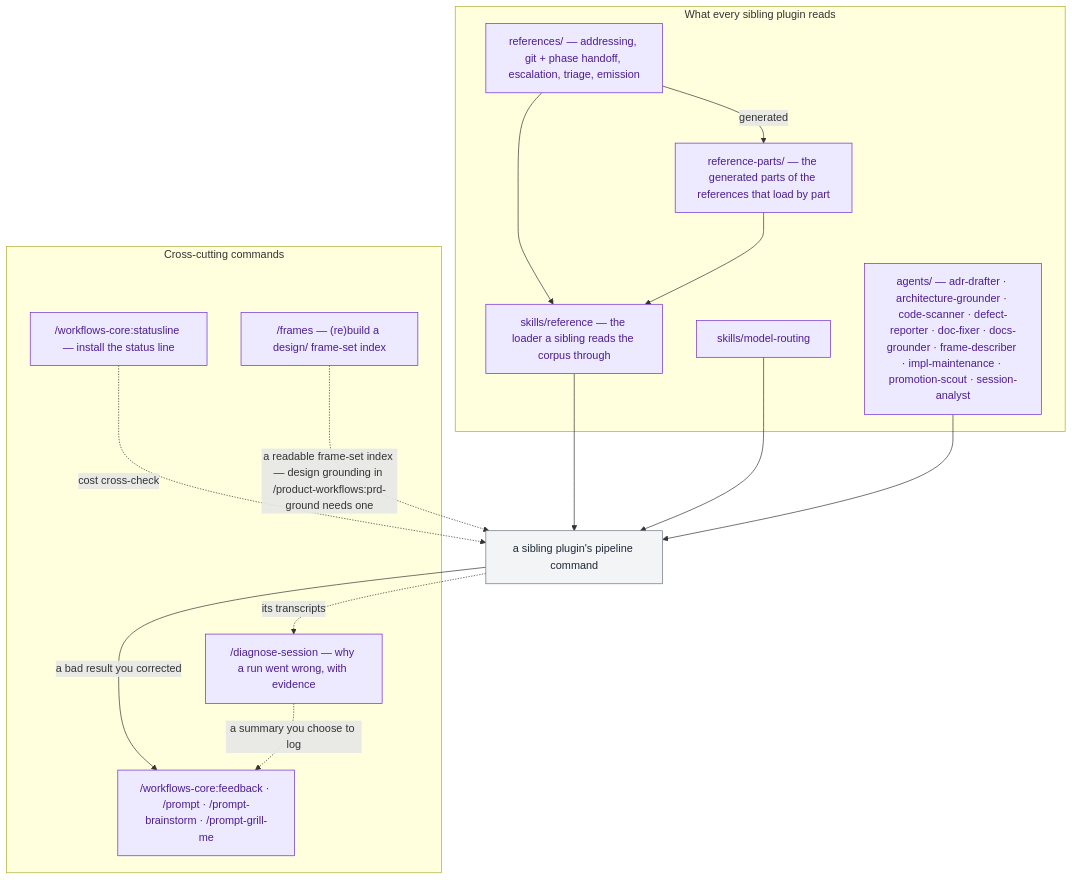
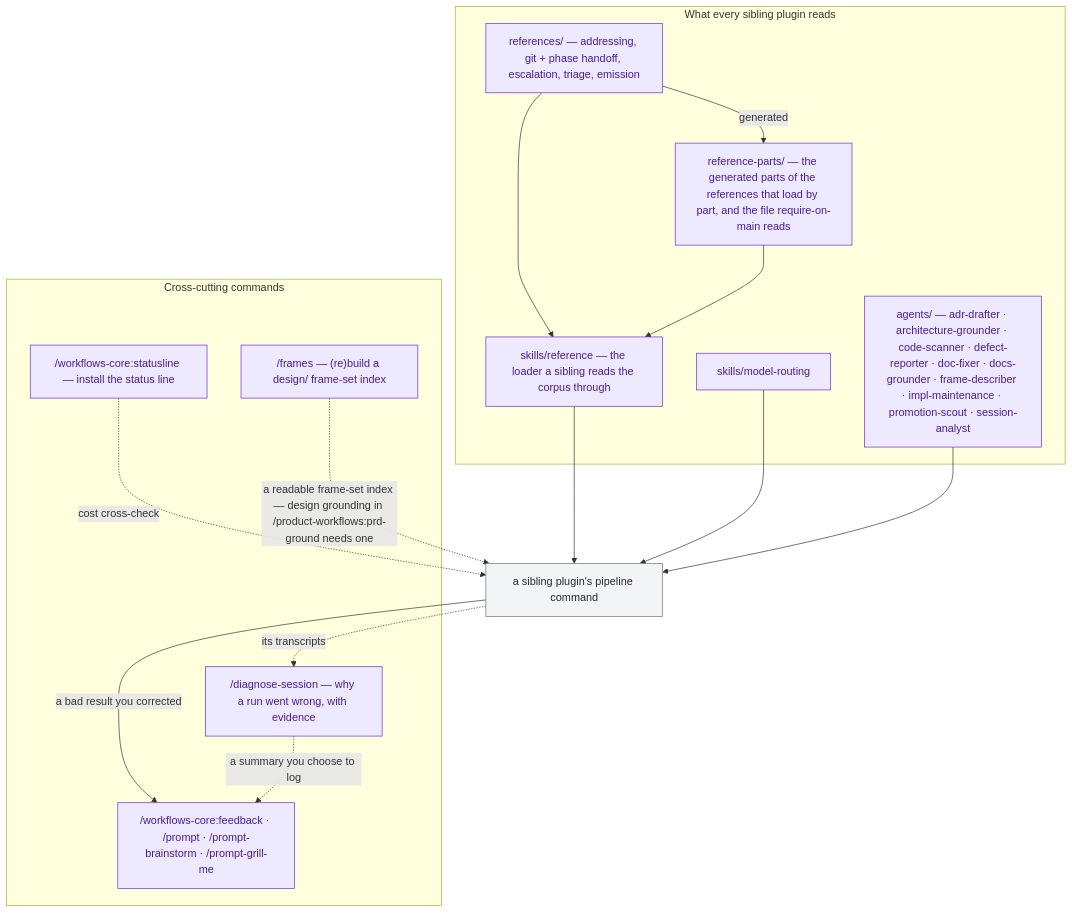
Before and after one commit to ihudak/ai-workflows: the diagram in plugins/workflows-core/docs/workflow.md, drawn with Mermaid. The commit also changed 28 other files, not shown here.

````diff
--- a/plugins/workflows-core/docs/workflow.md
+++ b/plugins/workflows-core/docs/workflow.md
@@ -5,32 +5,32 @@
 ```mermaid
 flowchart TD
     subgraph CORPUS["What every sibling plugin reads"]
         refs["references/ — addressing, git + phase handoff, escalation, triage, emission"]:::core
-        parts["reference-parts/ — the generated parts of the references that load by part"]:::core
+        parts["reference-parts/ — the generated parts of the references that load by part, and the file require-on-main reads"]:::core
         loader["skills/reference — the loader a sibling reads the corpus through"]:::core
         skill["skills/model-routing"]:::core
         agents["agents/ — adr-drafter · architecture-grounder · code-scanner · defect-reporter · doc-fixer · docs-grounder · frame-describer · impl-maintenance · promotion-scout · session-analyst"]:::core
     end
     subgraph CROSS["Cross-cutting commands"]
         setup["/workflows-core:statusline — install the status line"]:::core
         repair["/frames — (re)build a design/ frame-set index"]:::core
         improve["/workflows-core:feedback · /prompt · /prompt-brainstorm · /prompt-grill-me"]:::core
         diagnose["/diagnose-session — why a run went wrong, with evidence"]:::core
     end
     pipeline["a sibling plugin's pipeline command"]:::other
 
     refs --> loader
     refs -->|generated| parts
     parts --> loader
     loader --> pipeline
     skill --> pipeline
     agents --> pipeline
     pipeline -->|a bad result you corrected| improve
     pipeline -.->|its transcripts| diagnose
     diagnose -.->|a summary you choose to log| improve
     setup -.->|cost cross-check| pipeline
     repair -.->|"a readable frame-set index — design grounding in /product-workflows:prd-ground needs one"| pipeline
 
     classDef core fill:#ede9fe,stroke:#6d28d9,color:#4c1d95
     classDef other fill:#f3f4f6,stroke:#6b7280,color:#1f2937
 ```
````
